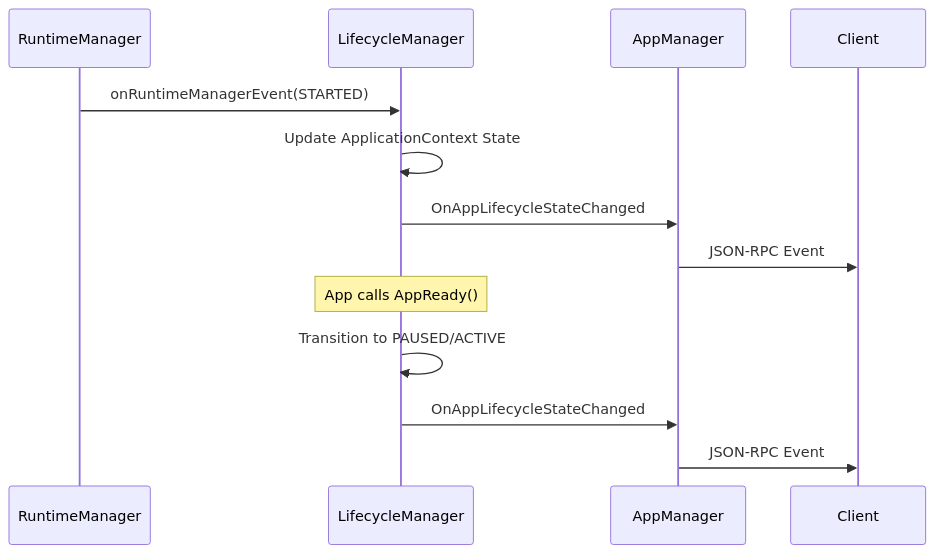
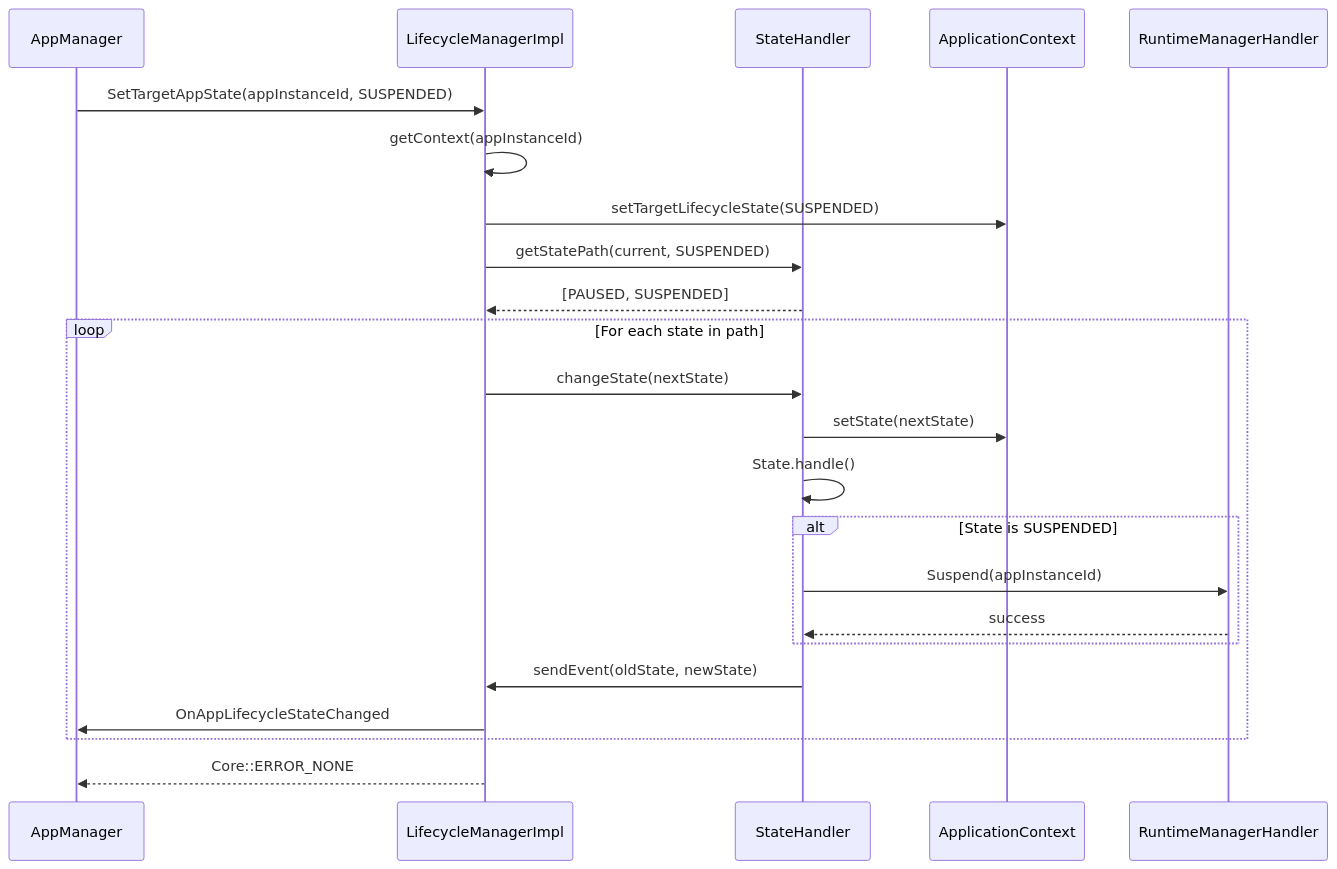
One commit to rdkcentral/entservices-appmanagers changed the fifth of 8 diagrams in LifecycleManager/LifecycleManager.md. Above: the diagram before and after it, drawn with Mermaid. The commit also changed other lines of this file and 19 other files, not shown here.

````diff
--- a/LifecycleManager/LifecycleManager.md
+++ b/LifecycleManager/LifecycleManager.md
@@ -246,17 +494,28 @@
 ```mermaid
 sequenceDiagram
-    participant RuntimeManager
-    participant LCM as LifecycleManager
-    participant AppManager
-    participant Client
+    participant AM as AppManager
+    participant LCM as LifecycleManagerImpl
+    participant SH as StateHandler
+    participant AC as ApplicationContext
+    participant RMH as RuntimeManagerHandler
 
-    RuntimeManager->>LCM: onRuntimeManagerEvent(STARTED)
-    LCM->>LCM: Update ApplicationContext State
-    LCM->>AppManager: OnAppLifecycleStateChanged
-    AppManager->>Client: JSON-RPC Event
-
-    Note over LCM: App calls AppReady()
-    LCM->>LCM: Transition to PAUSED/ACTIVE
-    LCM->>AppManager: OnAppLifecycleStateChanged
-    AppManager->>Client: JSON-RPC Event
+    AM->>LCM: SetTargetAppState(appInstanceId, SUSPENDED)
+    LCM->>LCM: getContext(appInstanceId)
+    LCM->>AC: setTargetLifecycleState(SUSPENDED)
+    LCM->>SH: getStatePath(current, SUSPENDED)
+    SH-->>LCM: [PAUSED, SUSPENDED]
+    
+    loop For each state in path
+        LCM->>SH: changeState(nextState)
+        SH->>AC: setState(nextState)
+        SH->>SH: State.handle()
+        alt State is SUSPENDED
+            SH->>RMH: Suspend(appInstanceId)
+            RMH-->>SH: success
+        end
+        SH->>LCM: sendEvent(oldState, newState)
+        LCM->>AM: OnAppLifecycleStateChanged
+    end
+    
+    LCM-->>AM: Core::ERROR_NONE
 ```
````
